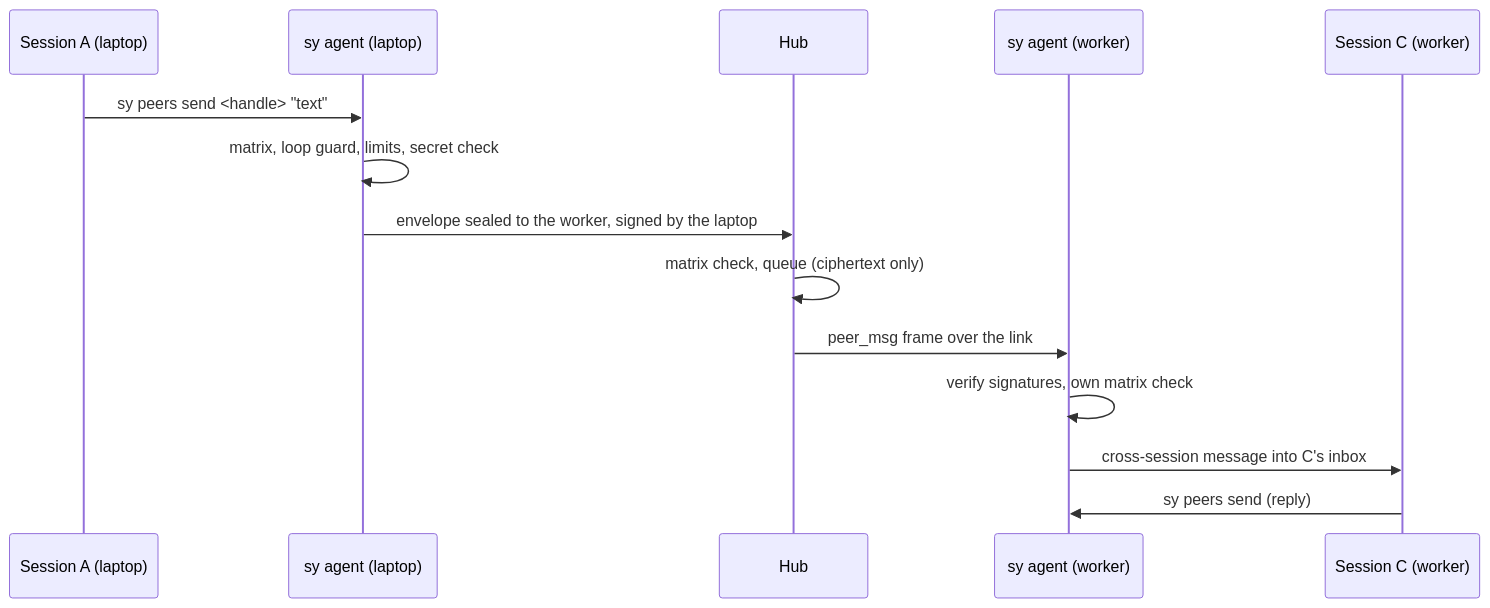
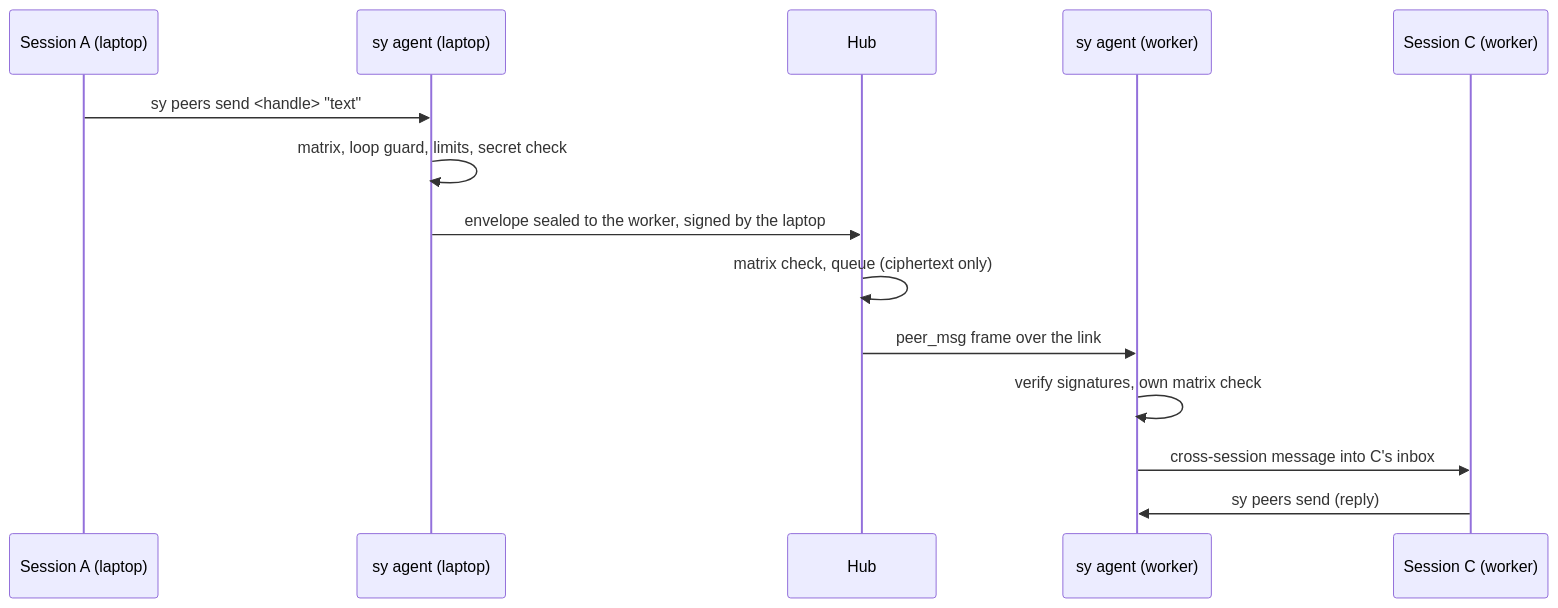
The second of 2 diagrams in docs/guide/peers.md (mraj602/switchyard), drawn with Mermaid before and after one commit. The commit also changed other lines of this file and 9 other files, not shown here.

````diff
--- a/docs/guide/peers.md
+++ b/docs/guide/peers.md
@@ -144,16 +144,16 @@
 ```mermaid
 sequenceDiagram
     participant A as Session A (laptop)
     participant AL as sy agent (laptop)
     participant H as Hub
     participant WA as sy agent (worker)
     participant C as Session C (worker)
-    A->>AL: sy peers send <handle> "text"
+    A->>AL: sy peers send #lt;handle#gt; "text"
     AL->>AL: matrix, loop guard, limits, secret check
     AL->>H: envelope sealed to the worker, signed by the laptop
     H->>H: matrix check, queue (ciphertext only)
     H->>WA: peer_msg frame over the link
     WA->>WA: verify signatures, own matrix check
     WA->>C: cross-session message into C's inbox
     C->>WA: sy peers send (reply)
 ```
````
